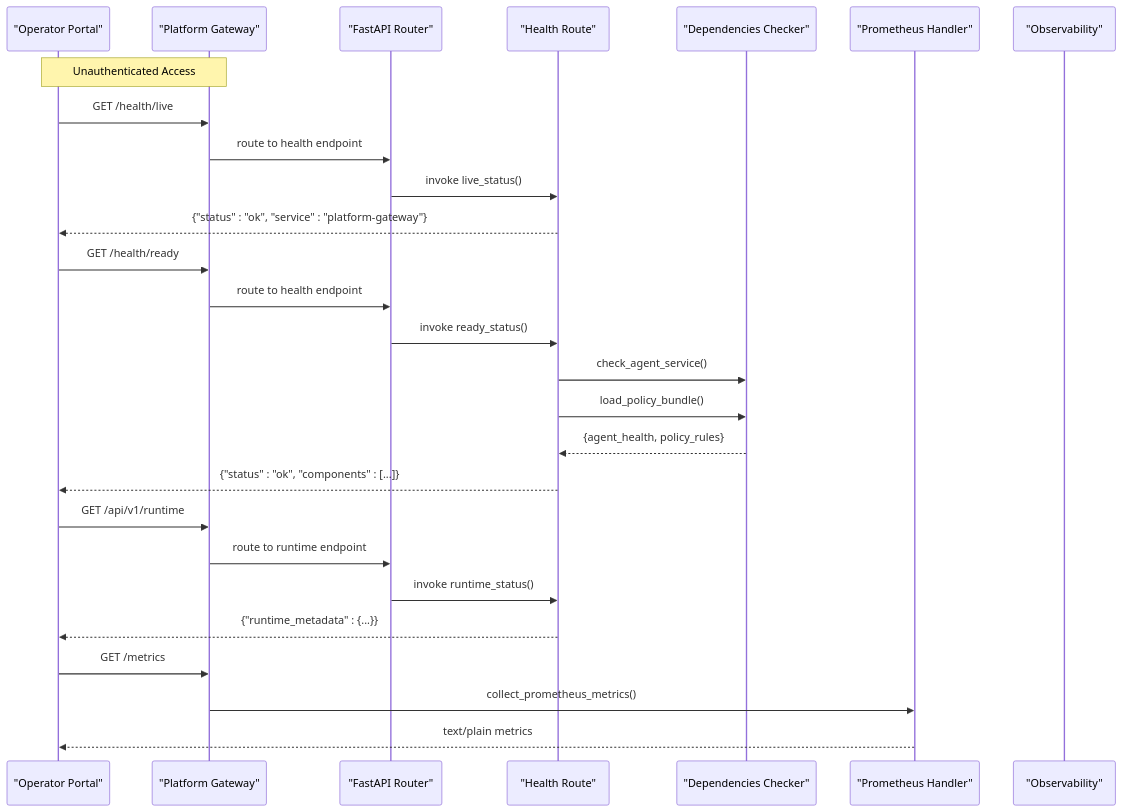
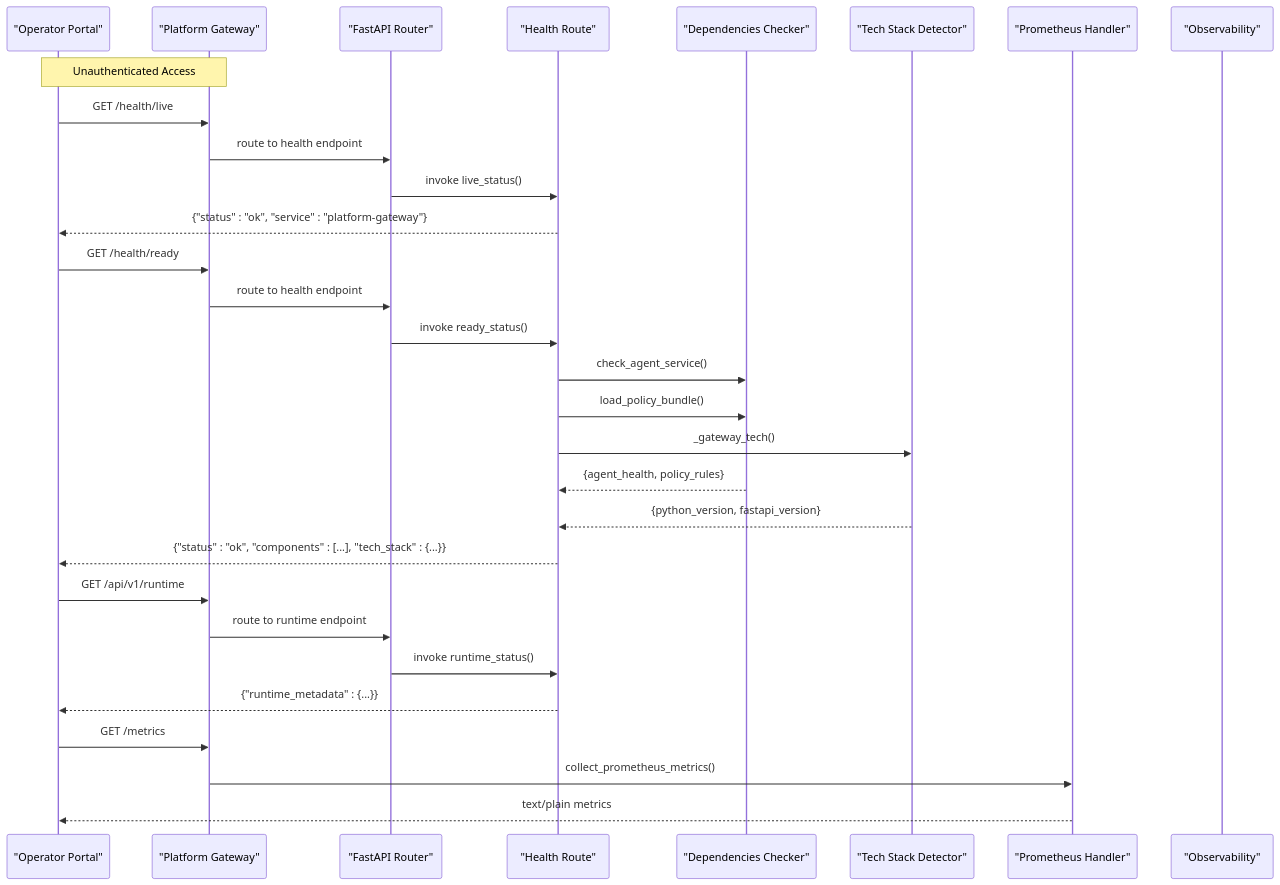
Before and after one commit to metasync/luban-aiops: the second of 10 diagrams in .qoder/repowiki/en/content/API Reference/Agent Platform API/Health & Monitoring API.md, drawn with Mermaid. The commit also changed other lines of this file and 6 other files, not shown here.

````diff
--- a/.qoder/repowiki/en/content/API Reference/Agent Platform API/Health & Monitoring API.md
+++ b/.qoder/repowiki/en/content/API Reference/Agent Platform API/Health & Monitoring API.md
@@ -164,29 +180,32 @@
 ```mermaid
 sequenceDiagram
 participant Client as "Operator Portal"
 participant Gateway as "Platform Gateway"
 participant Router as "FastAPI Router"
 participant Health as "Health Route"
 participant Deps as "Dependencies Checker"
+participant Tech as "Tech Stack Detector"
 participant Metrics as "Prometheus Handler"
 participant Obs as "Observability"
 Note over Client,Gateway : Unauthenticated Access
 Client->>Gateway : GET /health/live
 Gateway->>Router : route to health endpoint
 Router->>Health : invoke live_status()
 Health-->>Client : {"status" : "ok", "service" : "platform-gateway"}
 Client->>Gateway : GET /health/ready
 Gateway->>Router : route to health endpoint
 Router->>Health : invoke ready_status()
 Health->>Deps : check_agent_service()
 Health->>Deps : load_policy_bundle()
+Health->>Tech : _gateway_tech()
 Deps-->>Health : {agent_health, policy_rules}
-Health-->>Client : {"status" : "ok", "components" : [...]}
+Tech-->>Health : {python_version, fastapi_version}
+Health-->>Client : {"status" : "ok", "components" : [...], "tech_stack" : {...}}
 Client->>Gateway : GET /api/v1/runtime
 Gateway->>Router : route to runtime endpoint
 Router->>Health : invoke runtime_status()
 Health-->>Client : {"runtime_metadata" : {...}}
 Client->>Gateway : GET /metrics
 Gateway->>Metrics : collect_prometheus_metrics()
 Metrics-->>Client : text/plain metrics
 ```
````
